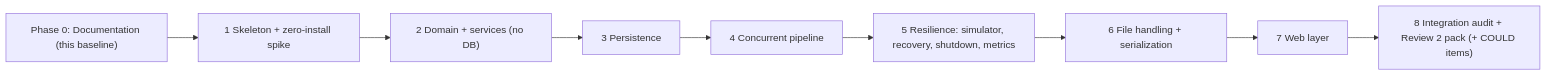
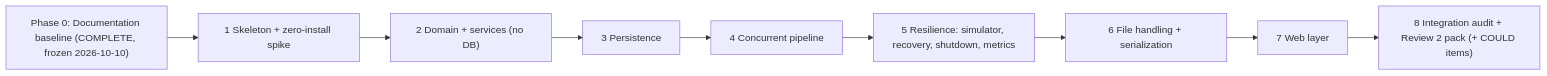
One commit to AlwinJose-9811/CloudKitchenOrchestrationSystem changed the diagram in docs/IMPLEMENTATION_ROADMAP.md. Above: the diagram before and after it, drawn with Mermaid. The commit also changed other lines of this file and 8 other files, not shown here.

First line of the commit message:
docs: finalize cloud kitchen architecture and requirements

````diff
--- a/docs/IMPLEMENTATION_ROADMAP.md
+++ b/docs/IMPLEMENTATION_ROADMAP.md
@@ -12,11 +12,11 @@
 ```mermaid
 flowchart LR
-    P0["Phase 0: Documentation (this baseline)"] --> P1
+    P0["Phase 0: Documentation baseline (COMPLETE, frozen 2026-10-10)"] --> P1
     P1["1 Skeleton + zero-install spike"] --> P2["2 Domain + services (no DB)"]
     P2 --> P3["3 Persistence"]
     P3 --> P4["4 Concurrent pipeline"]
     P4 --> P5["5 Resilience: simulator, recovery, shutdown, metrics"]
     P5 --> P6["6 File handling + serialization"]
     P6 --> P7["7 Web layer"]
     P7 --> P8["8 Integration audit + Review 2 pack (+ COULD items)"]
 ```
````
